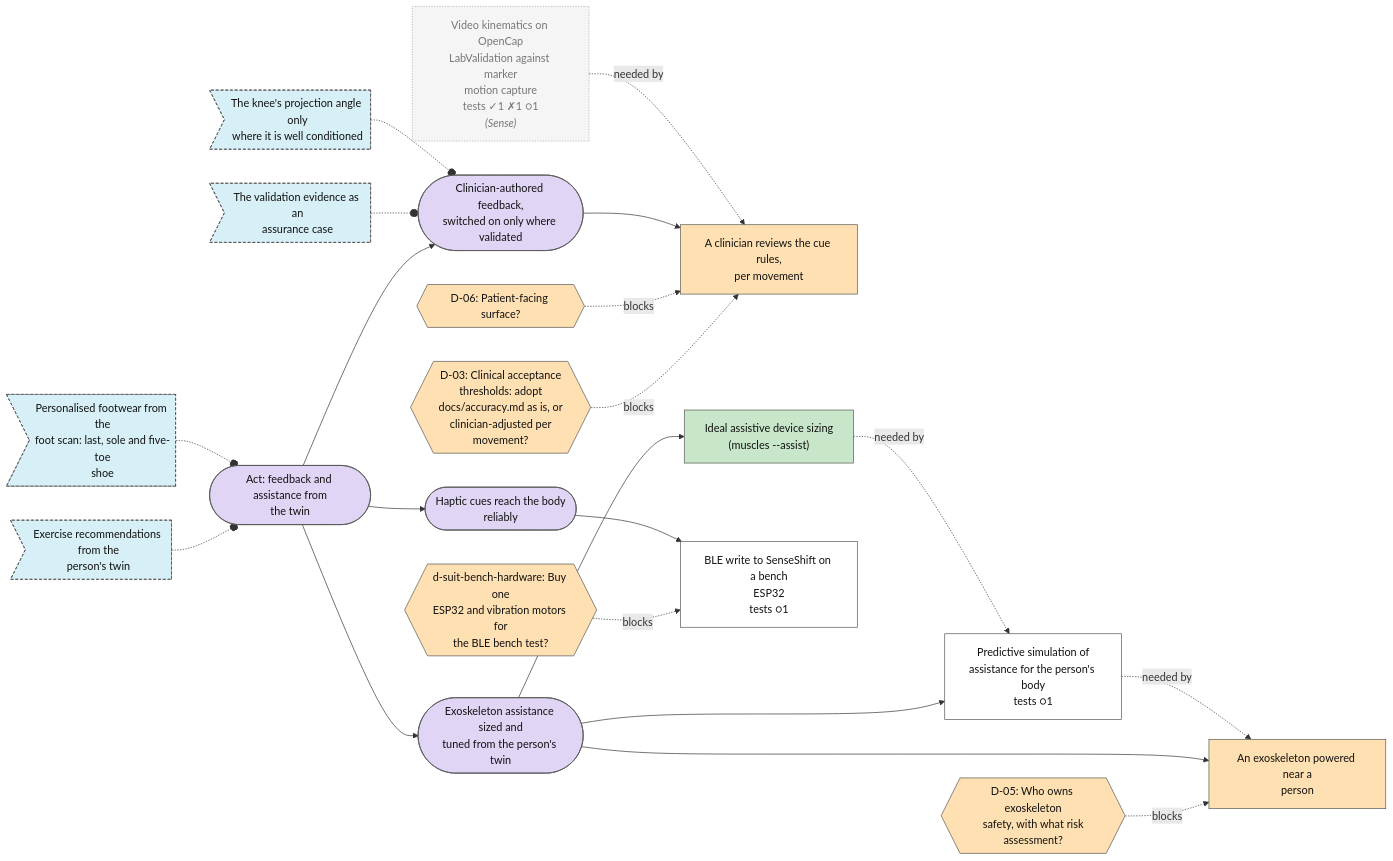
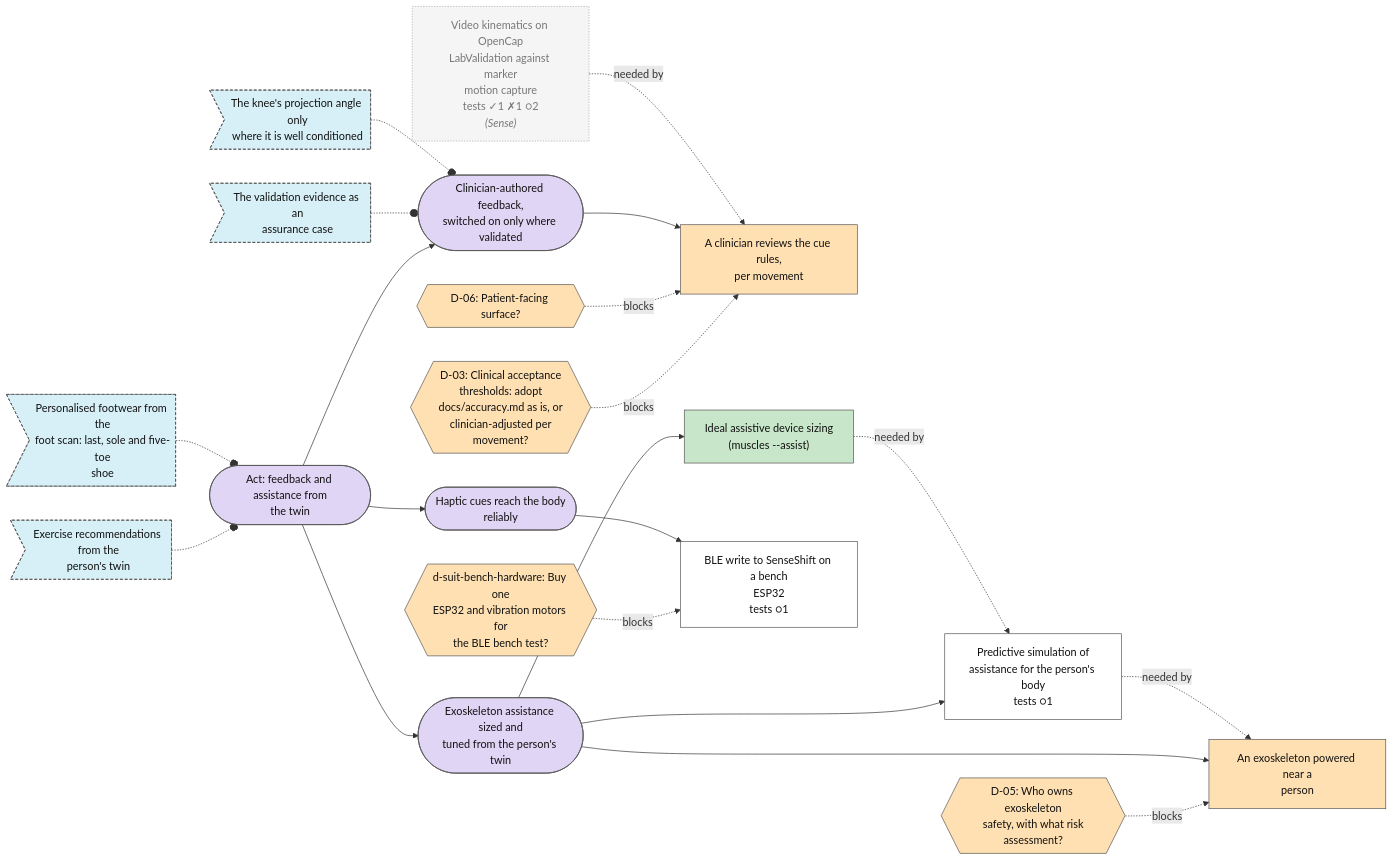
Before and after one commit to Sigurius23/Rehab-agent: the sixth of 7 diagrams in plan/MAP.md, drawn with Mermaid. The commit also changed other lines of this file and 2 other files, not shown here.

````diff
--- a/plan/MAP.md
+++ b/plan/MAP.md
@@ -360,59 +360,59 @@
 ```mermaid
 flowchart LR
   n0{{"D-03: Clinical acceptance<br/>thresholds: adopt<br/>docs/accuracy.md as is, or<br/>clinician-adjusted per<br/>movement?"}}:::decision_open
   n1{{"D-05: Who owns exoskeleton<br/>safety, with what risk<br/>assessment?"}}:::decision_open
   n2{{"D-06: Patient-facing surface?"}}:::decision_open
   n3["A clinician reviews the cue rules,<br/>per movement"]:::step_blocked
   n4{{"d-suit-bench-hardware: Buy one<br/>ESP32 and vibration motors for<br/>the BLE bench test?"}}:::decision_open
   n5["Predictive simulation of<br/>assistance for the person's body<br/>tests ○1"]:::step_open
   n6["An exoskeleton powered near a<br/>person"]:::step_blocked
   n7["Ideal assistive device sizing<br/>(muscles --assist)"]:::step_done
   n8(["Clinician-authored feedback,<br/>switched on only where validated"]):::goal_open
   n9(["Exoskeleton assistance sized and<br/>tuned from the person's twin"]):::goal_open
   n10(["Haptic cues reach the body<br/>reliably"]):::goal_open
   n11>"The validation evidence as an<br/>assurance case"]:::idea_new
   n12>"Exercise recommendations from the<br/>person's twin"]:::idea_new
   n13>"The knee's projection angle only<br/>where it is well conditioned"]:::idea_new
   n14>"Personalised footwear from the<br/>foot scan: last, sole and five-toe<br/>shoe"]:::idea_new
   n15(["Act: feedback and assistance from<br/>the twin"]):::goal_open
   n16["BLE write to SenseShift on a bench<br/>ESP32<br/>tests ○1"]:::step_open
-  n17["Video kinematics on OpenCap<br/>LabValidation against marker<br/>motion capture<br/>tests ✓1 ✗1 ○1<br/><i>(Sense)</i>"]:::external
+  n17["Video kinematics on OpenCap<br/>LabValidation against marker<br/>motion capture<br/>tests ✓1 ✗1 ○2<br/><i>(Sense)</i>"]:::external
   n0 -. blocks .-> n3
   n1 -. blocks .-> n6
   n2 -. blocks .-> n3
   n8 --> n3
   n17 -. needed by .-> n3
   n4 -. blocks .-> n16
   n9 --> n5
   n7 -. needed by .-> n5
   n9 --> n6
   n5 -. needed by .-> n6
   n9 --> n7
   n15 --> n8
   n15 --> n9
   n15 --> n10
   n11 -.-o n8
   n12 -.-o n15
   n13 -.-o n8
   n14 -.-o n15
   n10 --> n16
   classDef goal_open fill:#e1d5f5,stroke:#555,color:#111
   classDef goal_done fill:#c8e6c9,stroke:#555,color:#111
   classDef step_open fill:#ffffff,stroke:#555,color:#111
   classDef step_doing fill:#fff3c4,stroke:#555,color:#111
   classDef step_done fill:#c8e6c9,stroke:#555,color:#111
   classDef step_blocked fill:#ffe0b2,stroke:#555,color:#111
   classDef step_dropped fill:#eeeeee,stroke:#555,color:#111
   classDef test_planned fill:#ffffff,stroke:#555,color:#111
   classDef test_running fill:#fff3c4,stroke:#555,color:#111
   classDef test_passed fill:#c8e6c9,stroke:#555,color:#111
   classDef test_failed fill:#ffcdd2,stroke:#555,color:#111
   classDef test_mixed fill:#fff3c4,stroke:#555,color:#111
   classDef test_dropped fill:#eeeeee,stroke:#555,color:#111
   classDef idea_new fill:#d7f0f7,stroke:#555,color:#111,stroke-dasharray: 4 3
   classDef idea_promoted fill:#eeeeee,stroke:#555,color:#111,stroke-dasharray: 4 3
   classDef idea_dropped fill:#eeeeee,stroke:#555,color:#111,stroke-dasharray: 4 3
   classDef decision_open fill:#ffe0b2,stroke:#555,color:#111
   classDef decision_decided fill:#ffe0b2,stroke:#555,color:#111
   classDef external fill:#f5f5f5,stroke:#aaa,color:#777,stroke-dasharray: 2 2
 ```
````
